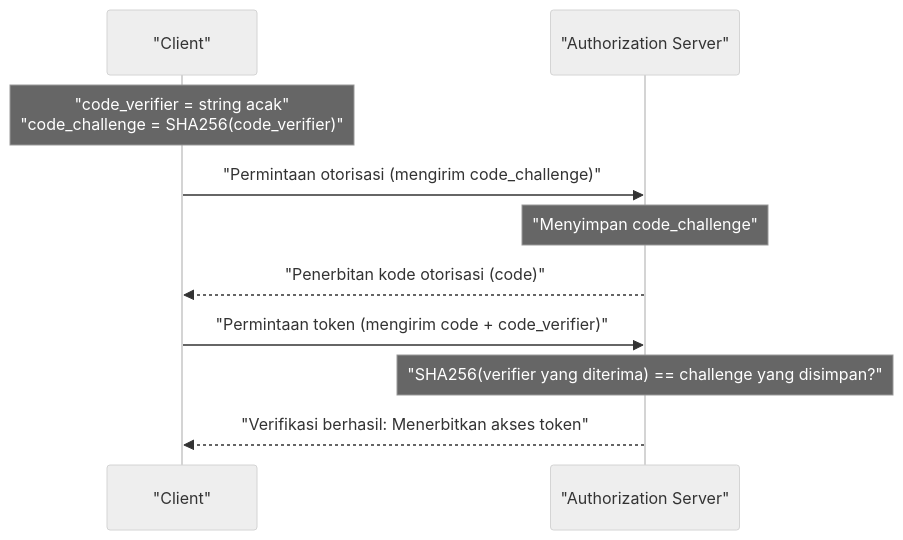
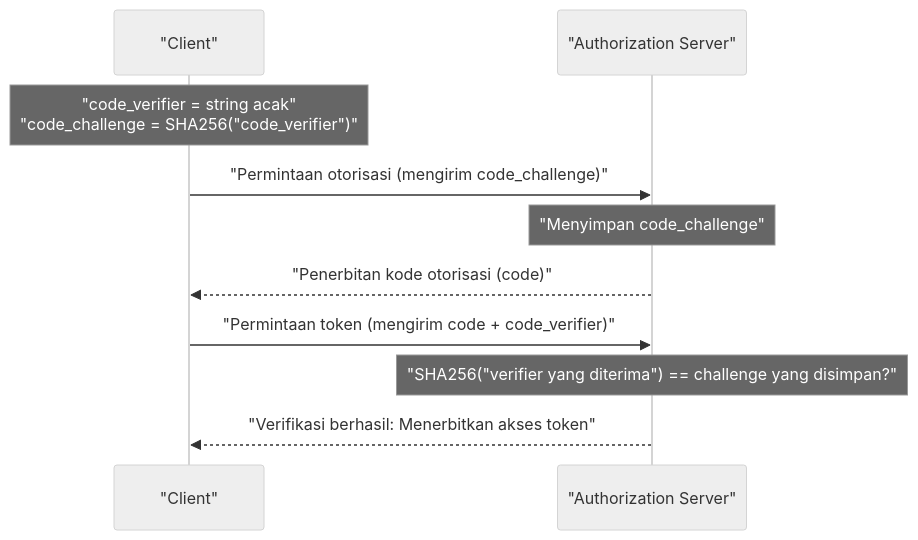
The third of 3 diagrams in content/post/oauth2_slack_app/index.id.md (kenjinote/blog), drawn with Mermaid (neutral theme) before and after one commit. The commit also changed 929 other files, not shown here.

Commit message:
fix: Add double quotes to all Mermaid node texts to resolve syntax errors

````diff
--- a/content/post/oauth2_slack_app/index.id.md
+++ b/content/post/oauth2_slack_app/index.id.md
@@ -329,14 +329,14 @@
 ```mermaid
 sequenceDiagram
     participant C as "Client"
     participant AS as "Authorization Server"
     
-    Note over C: "code_verifier = string acak"<br/>"code_challenge = SHA256(code_verifier)"
+    Note over C: "code_verifier = string acak"<br/>"code_challenge = SHA256("code_verifier")"
     C->>AS: "Permintaan otorisasi (mengirim code_challenge)"
     Note over AS: "Menyimpan code_challenge"
     AS-->>C: "Penerbitan kode otorisasi (code)"
     
     C->>AS: "Permintaan token (mengirim code + code_verifier)"
-    Note over AS: "SHA256(verifier yang diterima) == challenge yang disimpan?"
+    Note over AS: "SHA256("verifier yang diterima") == challenge yang disimpan?"
     AS-->>C: "Verifikasi berhasil: Menerbitkan akses token"
 ```
````
